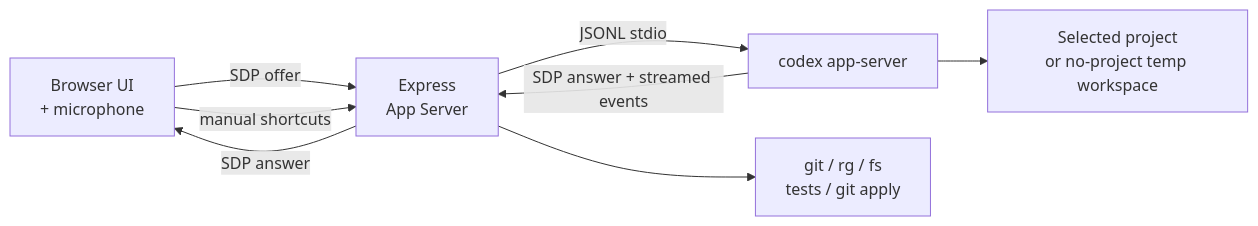
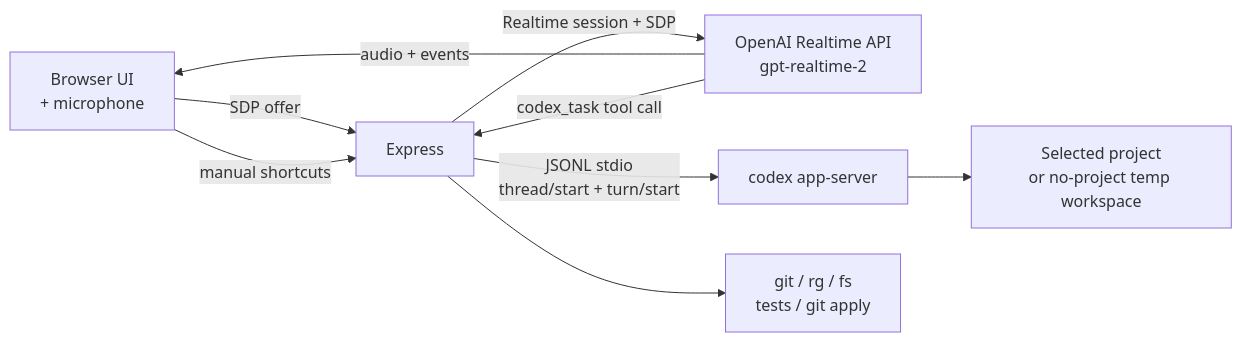
The diagram in README.md (ethannjw/voice-assistant), drawn with Mermaid before and after one commit. The commit also changed other lines of this file and 5 other files, not shown here.

Commit message:
Restore GPT-Realtime voice layer

````diff
--- a/README.md
+++ b/README.md
@@ -291,10 +342,11 @@
 ```mermaid
 flowchart LR
-  Browser["Browser UI<br/>+ microphone"] -->|SDP offer| Server["Express<br/>App Server"]
-  Server -->|JSONL stdio| Codex["codex app-server"]
-  Codex -->|SDP answer + streamed events| Server
-  Server -->|SDP answer| Browser
+  Browser["Browser UI<br/>+ microphone"] -->|SDP offer| Server["Express"]
+  Server -->|Realtime session + SDP| Realtime["OpenAI Realtime API<br/>gpt-realtime-2"]
+  Realtime -->|audio + events| Browser
+  Realtime -->|codex_task tool call| Server
+  Server -->|JSONL stdio<br/>thread/start + turn/start| Codex["codex app-server"]
   Codex --> Workspace["Selected project<br/>or no-project temp workspace"]
   Browser -->|manual shortcuts| Server
   Server --> Tools["git / rg / fs<br/>tests / git apply"]
 ```
````
